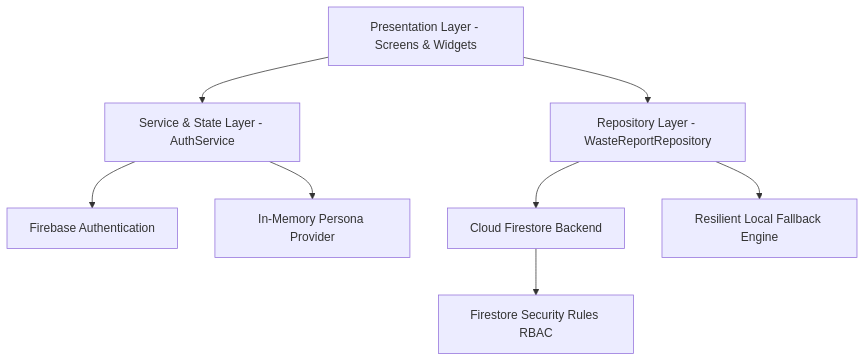
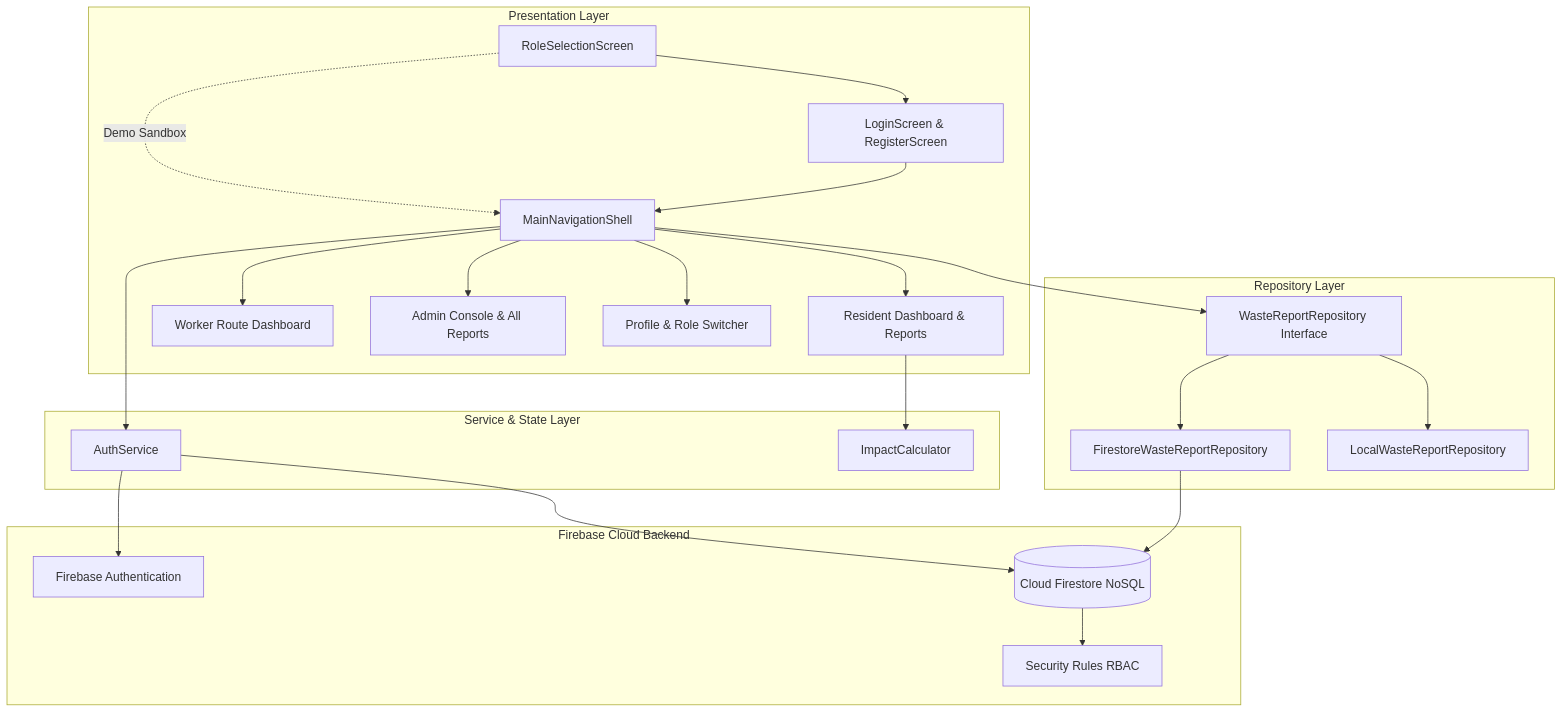
The first of 2 diagrams in docs/ARCHITECTURE.md (sujitha-kotyada/Smart-Waste-Collection-Manager), drawn with Mermaid before and after one commit. The commit also changed other lines of this file and 5 other files, not shown here.

Commit message:
docs: update system architecture, database schema, security matrix, and project report

````diff
--- a/docs/ARCHITECTURE.md
+++ b/docs/ARCHITECTURE.md
@@ -6,10 +11,39 @@
 ```mermaid
 graph TD
-    UI[Presentation Layer - Screens & Widgets] --> Services[Service & State Layer - AuthService]
-    UI --> Repos[Repository Layer - WasteReportRepository]
-    Services --> FirebaseAuth[Firebase Authentication]
-    Services --> LocalState[In-Memory Persona Provider]
-    Repos --> Firestore[Cloud Firestore Backend]
-    Repos --> LocalRepo[Resilient Local Fallback Engine]
-    Firestore --> Rules[Firestore Security Rules RBAC]
+    subgraph UI_Presentation [Presentation Layer]
+        Entry[RoleSelectionScreen] --> AuthViews[LoginScreen & RegisterScreen]
+        Entry -.->|Demo Sandbox| NavShell[MainNavigationShell]
+        AuthViews --> NavShell
+        NavShell --> ResView[Resident Dashboard & Reports]
+        NavShell --> WorkView[Worker Route Dashboard]
+        NavShell --> AdminView[Admin Console & All Reports]
+        NavShell --> ProfileView[Profile & Role Switcher]
+    end
+
+    subgraph Business_Services [Service & State Layer]
+        AuthSvc[AuthService]
+        Impact[ImpactCalculator]
+    end
+
+    subgraph Repositories [Repository Layer]
+        IRepo[WasteReportRepository Interface]
+        CloudRepo[FirestoreWasteReportRepository]
+        DemoRepo[LocalWasteReportRepository]
+        IRepo --> CloudRepo
+        IRepo --> DemoRepo
+    end
+
+    subgraph Backend_Cloud [Firebase Cloud Backend]
+        FAuth[Firebase Authentication]
+        CFS[(Cloud Firestore NoSQL)]
+        Rules[Security Rules RBAC]
+    end
+
+    NavShell --> AuthSvc
+    ResView --> Impact
+    NavShell --> IRepo
+    AuthSvc --> FAuth
+    AuthSvc --> CFS
+    CloudRepo --> CFS
+    CFS --> Rules
 ```
````
